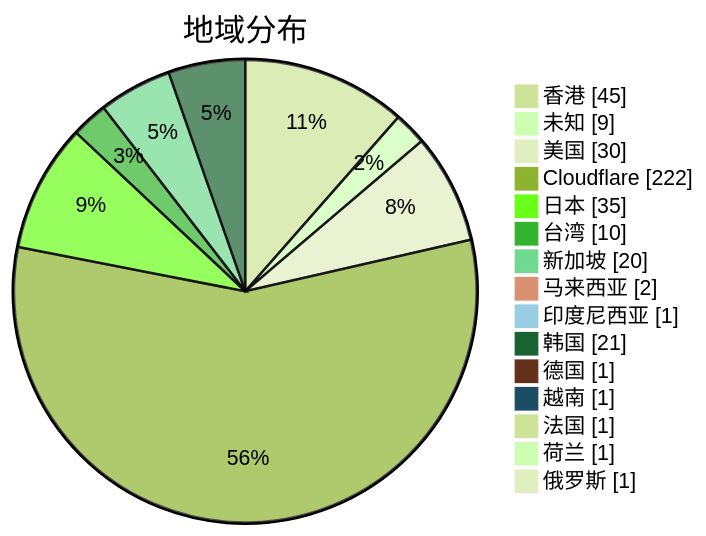
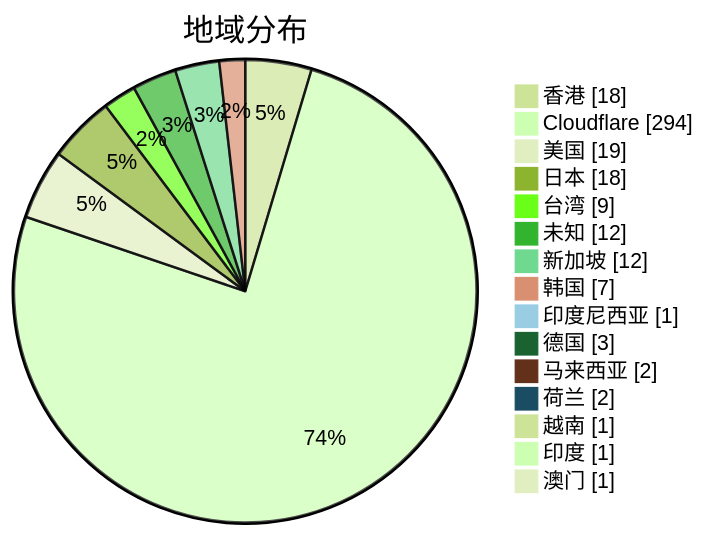
Before and after one commit to qjlxg/airport: the second of 3 diagrams in subs/statistics/tested_within.md, drawn with Mermaid (forest theme). The commit also changed other lines of this file and 2 other files, not shown here.

Commit message:
Tested by metaST

````diff
--- a/subs/statistics/tested_within.md
+++ b/subs/statistics/tested_within.md
@@ -12,19 +13,19 @@
 ```mermaid
 pie showData
 title 地域分布
-"香港" : 45
-"未知" : 9
-"美国" : 30
-"Cloudflare" : 222
-"日本" : 35
-"台湾" : 10
-"新加坡" : 20
+"香港" : 18
+"Cloudflare" : 294
+"美国" : 19
+"日本" : 18
+"台湾" : 9
+"未知" : 12
+"新加坡" : 12
+"韩国" : 7
+"印度尼西亚" : 1
+"德国" : 3
 "马来西亚" : 2
-"印度尼西亚" : 1
-"韩国" : 21
-"德国" : 1
+"荷兰" : 2
 "越南" : 1
-"法国" : 1
-"荷兰" : 1
-"俄罗斯" : 1
+"印度" : 1
+"澳门" : 1
 ```
````
